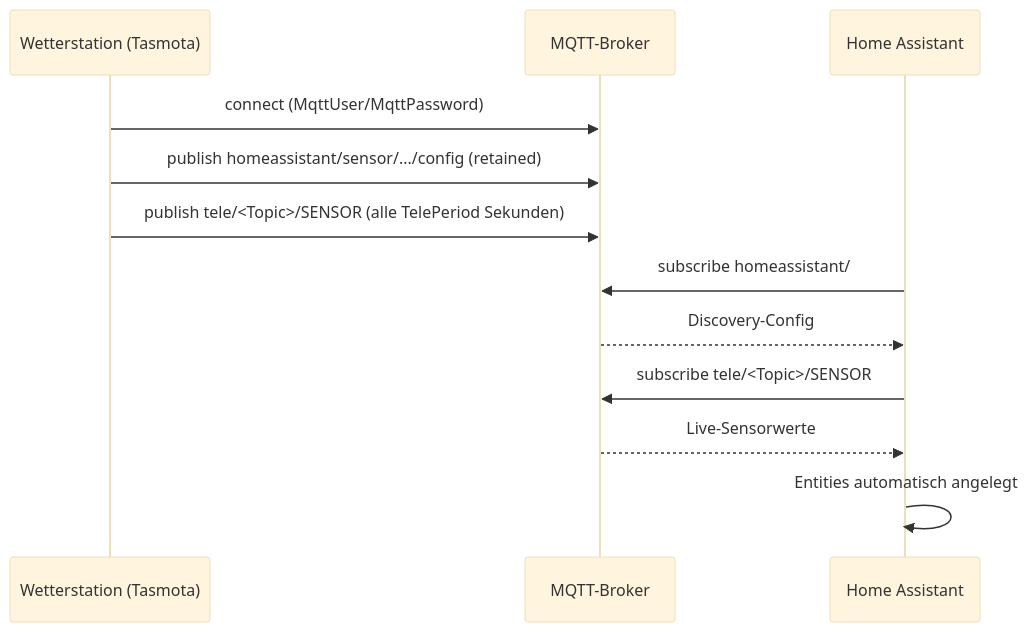
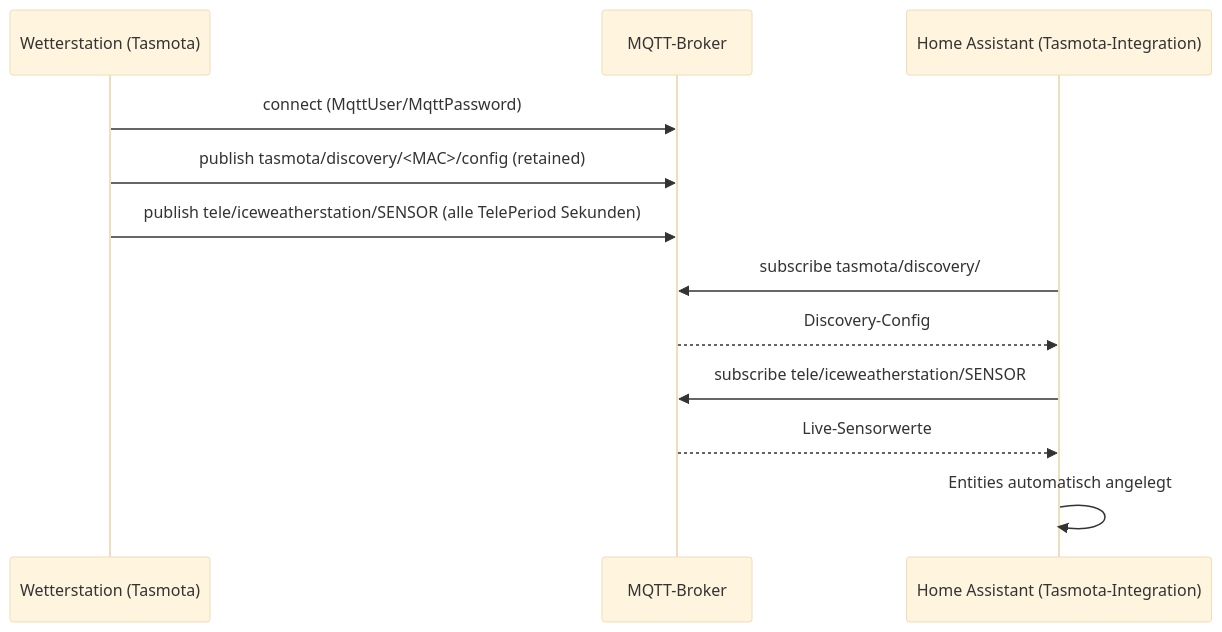
One commit to icepaule/IceWeatherstation changed the second of 2 diagrams in docs/setup-guide.md. Above: the diagram before and after it, drawn with Mermaid (base theme). The commit also changed other lines of this file and 6 other files, not shown here.

````diff
--- a/docs/setup-guide.md
+++ b/docs/setup-guide.md
@@ -106,15 +141,15 @@
 ```mermaid
 sequenceDiagram
     participant WS as Wetterstation (Tasmota)
     participant MQ as MQTT-Broker
-    participant HA as Home Assistant
+    participant HA as Home Assistant (Tasmota-Integration)
 
     WS->>MQ: connect (MqttUser/MqttPassword)
-    WS->>MQ: publish homeassistant/sensor/.../config (retained)
-    WS->>MQ: publish tele/<Topic>/SENSOR (alle TelePeriod Sekunden)
-    HA->>MQ: subscribe homeassistant/#
+    WS->>MQ: publish tasmota/discovery/<MAC>/config (retained)
+    WS->>MQ: publish tele/iceweatherstation/SENSOR (alle TelePeriod Sekunden)
+    HA->>MQ: subscribe tasmota/discovery/#
     MQ-->>HA: Discovery-Config
-    HA->>MQ: subscribe tele/<Topic>/SENSOR
+    HA->>MQ: subscribe tele/iceweatherstation/SENSOR
     MQ-->>HA: Live-Sensorwerte
     HA->>HA: Entities automatisch angelegt
 ```
````
